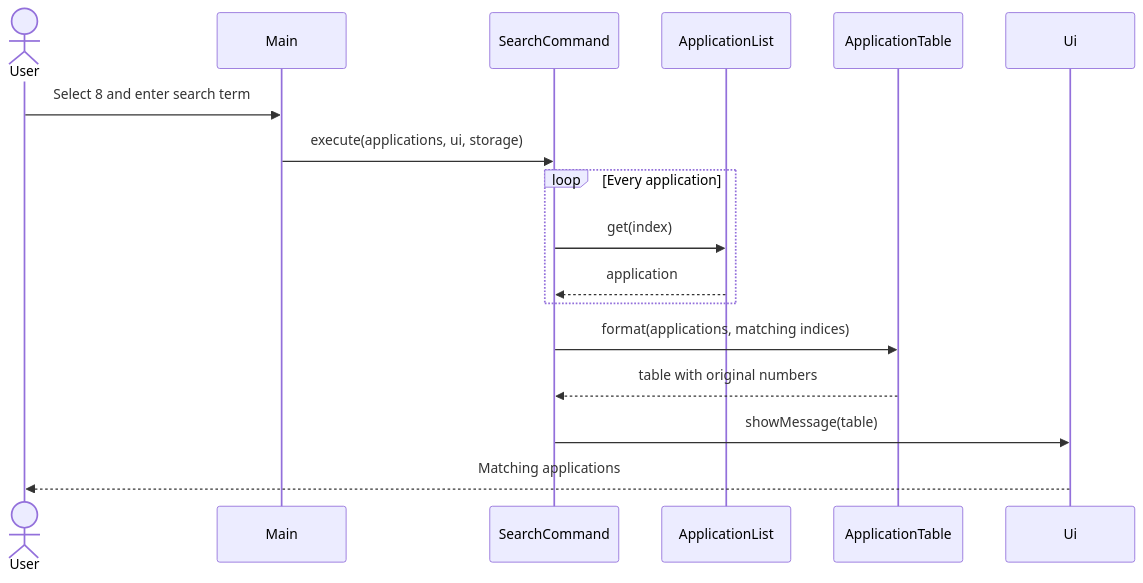
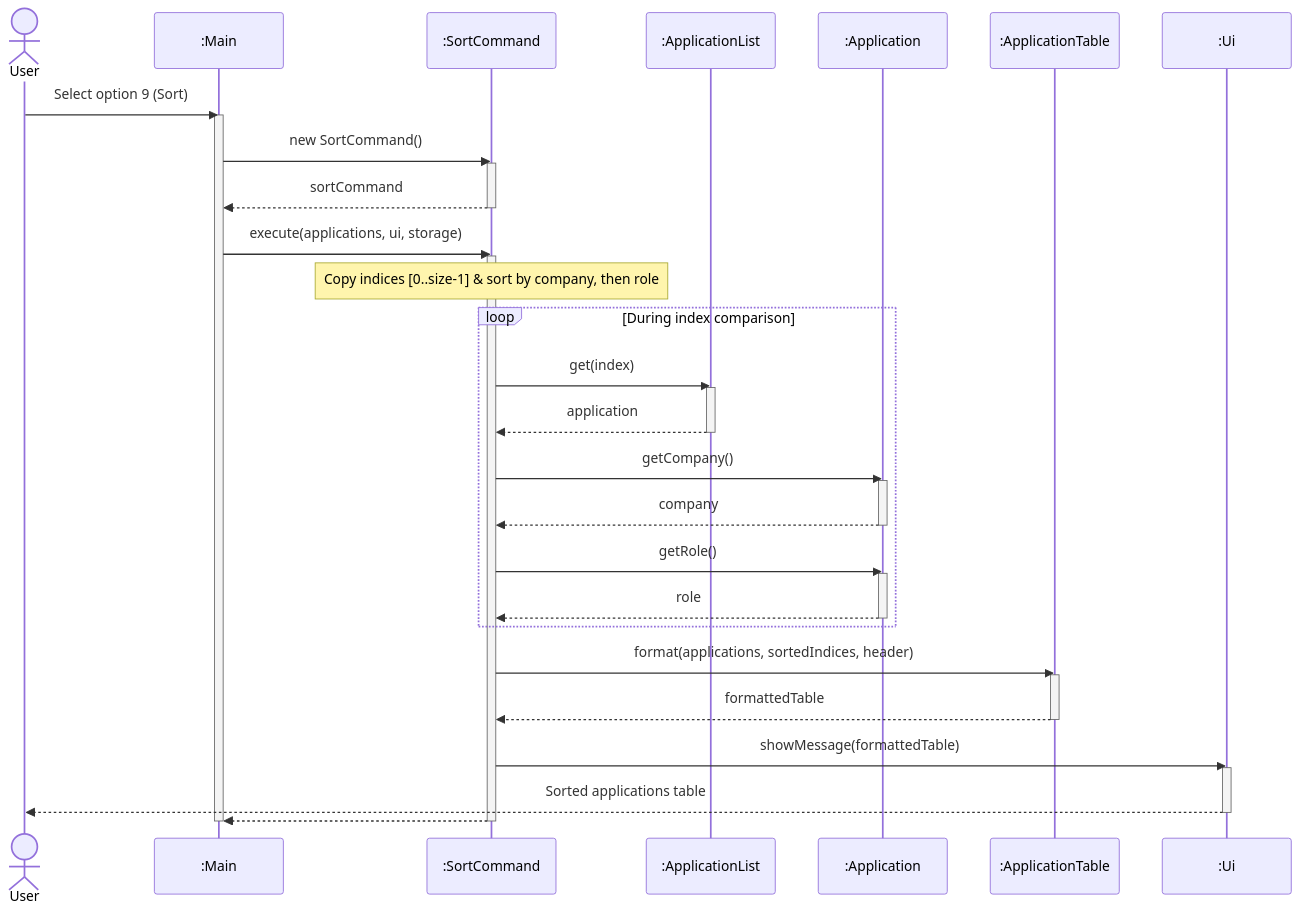
Diagram 14 of 19 in docs/DeveloperGuide.md (AY2627S1-CS2113-T10-2/tp), drawn with Mermaid before and after one commit. The commit also changed other lines of this file, not shown here.

First line of the commit message:
docs: overhaul DeveloperGuide diagrams and fix rich display error

````diff
--- a/docs/DeveloperGuide.md
+++ b/docs/DeveloperGuide.md
@@ -368,19 +946,48 @@
 ```mermaid
 sequenceDiagram
-    actor User
-    participant Main
-    participant SearchCommand
-    participant ApplicationList
-    participant ApplicationTable
-    participant Ui
-    User->>Main: Select 8 and enter search term
-    Main->>SearchCommand: execute(applications, ui, storage)
-    loop Every application
-        SearchCommand->>ApplicationList: get(index)
-        ApplicationList-->>SearchCommand: application
+    actor user as User
+    participant main as :Main
+    participant cmd as :SortCommand
+    participant list as :ApplicationList
+    participant app as :Application
+    participant table as :ApplicationTable
+    participant ui as :Ui
+
+    user->>main: Select option 9 (Sort)
+    activate main
+    main->>cmd: new SortCommand()
+    activate cmd
+    cmd-->>main: sortCommand
+    deactivate cmd
+    main->>cmd: execute(applications, ui, storage)
+    activate cmd
+
+    Note over cmd: Copy indices [0..size-1] & sort by company, then role
+    loop During index comparison
+        cmd->>list: get(index)
+        activate list
+        list-->>cmd: application
+        deactivate list
+        cmd->>app: getCompany()
+        activate app
+        app-->>cmd: company
+        deactivate app
+        cmd->>app: getRole()
+        activate app
+        app-->>cmd: role
+        deactivate app
     end
-    SearchCommand->>ApplicationTable: format(applications, matching indices)
-    ApplicationTable-->>SearchCommand: table with original numbers
-    SearchCommand->>Ui: showMessage(table)
-    Ui-->>User: Matching applications
+
+    cmd->>table: format(applications, sortedIndices, header)
+    activate table
+    table-->>cmd: formattedTable
+    deactivate table
+    cmd->>ui: showMessage(formattedTable)
+    activate ui
+    ui-->>user: Sorted applications table
+    deactivate ui
+
+    cmd-->>main: 
+    deactivate cmd
+    deactivate main
 ```
````
